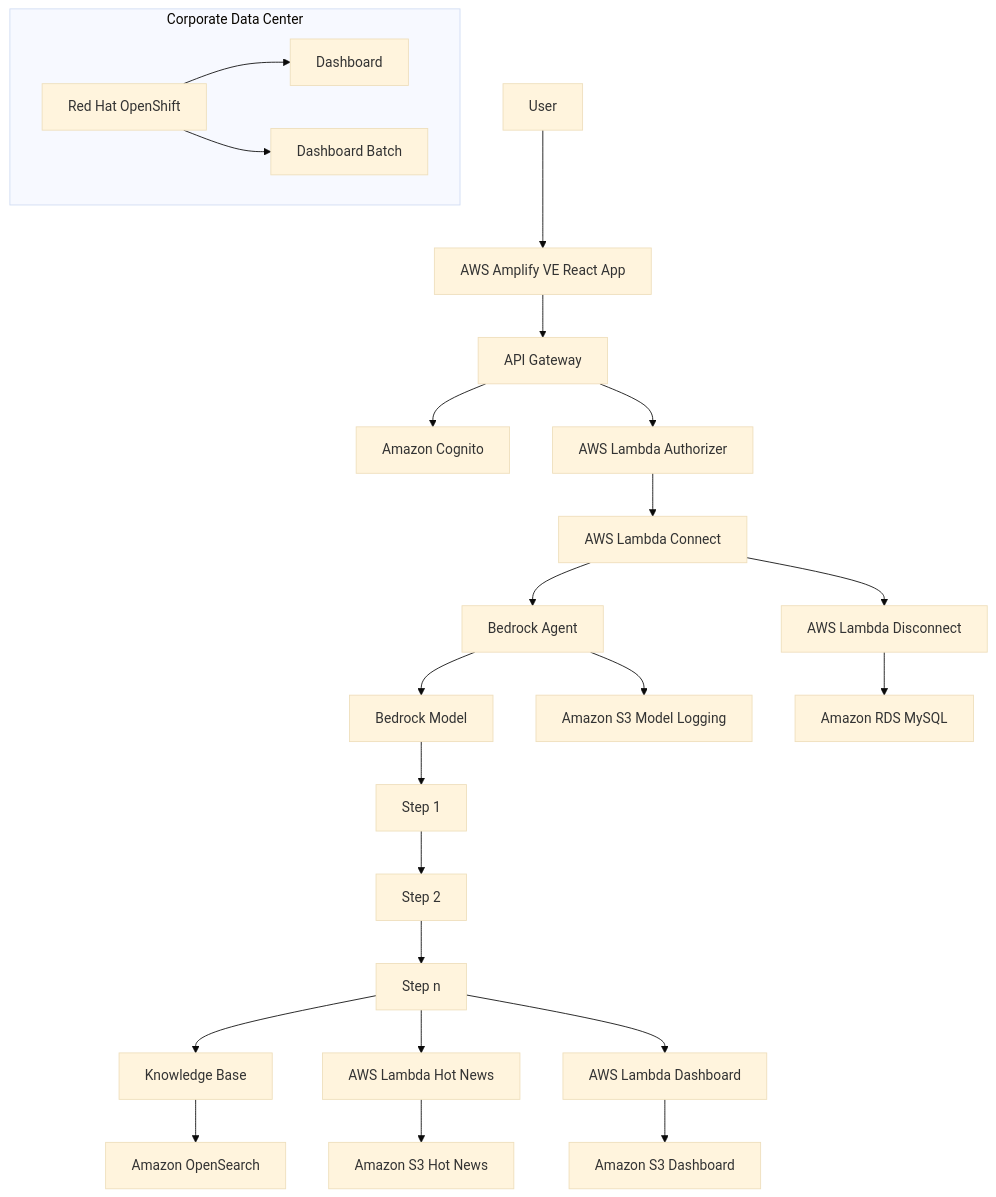
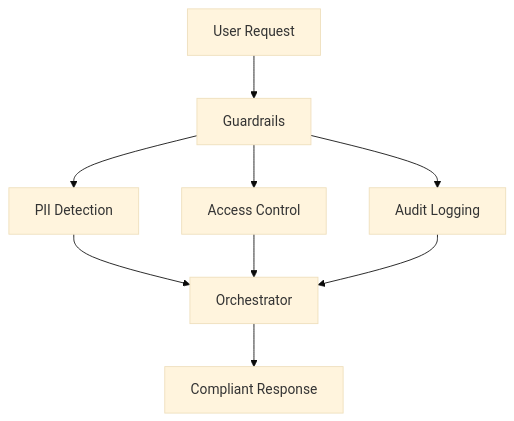
Before and after one commit to ruslanmv/AWS-Multiagent-Infrastrucure: the third of 3 diagrams in README.md, drawn with Mermaid (base theme). The commit also changed other lines of this file and 31 other files, not shown here.

````diff
--- a/README.md
+++ b/README.md
@@ -22,29 +116,11 @@
 ```mermaid
 graph TD
-    A[User] --> B[AWS Amplify VE React App]
-    B --> C[API Gateway]
-    C --> D[Amazon Cognito]
-    C --> E[AWS Lambda Authorizer]
-    E --> F[AWS Lambda Connect]
-    F --> G[Bedrock Agent]
-    G --> H[Bedrock Model]
-    G --> I[Amazon S3 Model Logging]
-    H --> J[Step 1]
-    J --> K[Step 2]
-    K --> L[Step n]
-    L --> M[Knowledge Base]
-    L --> N[AWS Lambda Hot News]
-    L --> O[AWS Lambda Dashboard]
-    M --> P[Amazon OpenSearch]
-    N --> Q[Amazon S3 Hot News]
-    O --> R[Amazon S3 Dashboard]
-
-    subgraph "Corporate Data Center"
-        S[Red Hat OpenShift]
-        S --> T[Dashboard]
-        S --> U[Dashboard Batch]
-    end
-
-    F --> V[AWS Lambda Disconnect]
-    V --> W[Amazon RDS MySQL]
+    A[User Request] --> B[Guardrails]
+    B --> C[PII Detection]
+    B --> D[Access Control]
+    B --> E[Audit Logging]
+    C --> F[Orchestrator]
+    D --> F
+    E --> F
+    F --> G[Compliant Response]
 ```
````
